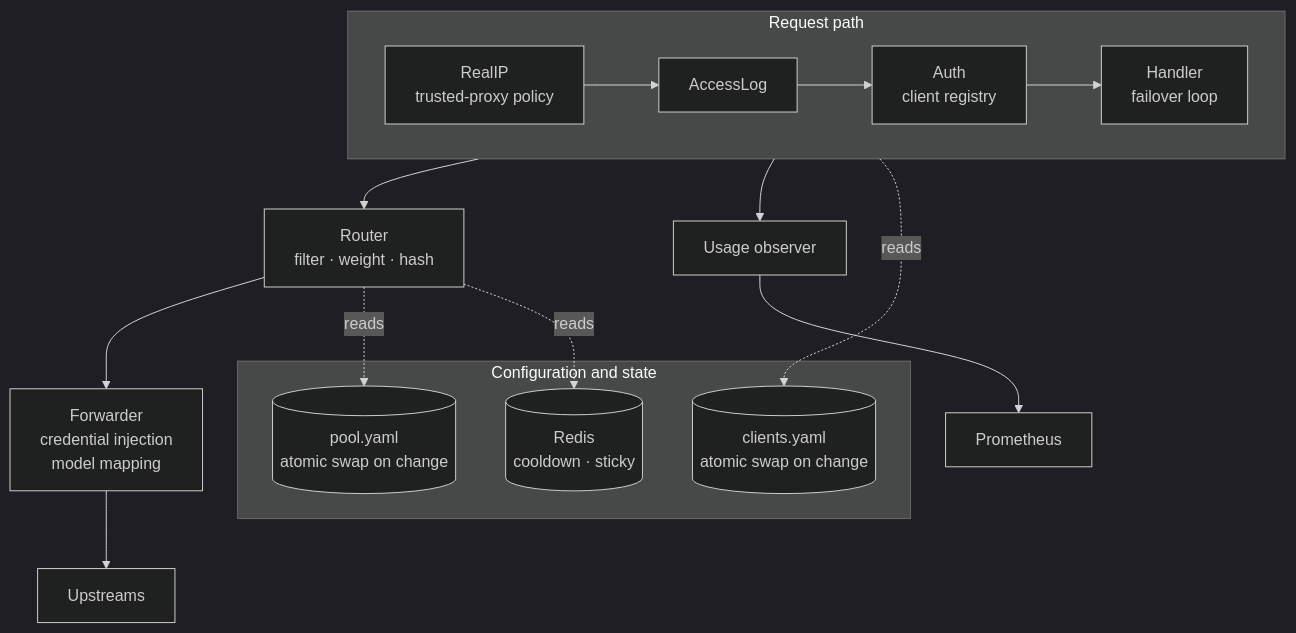
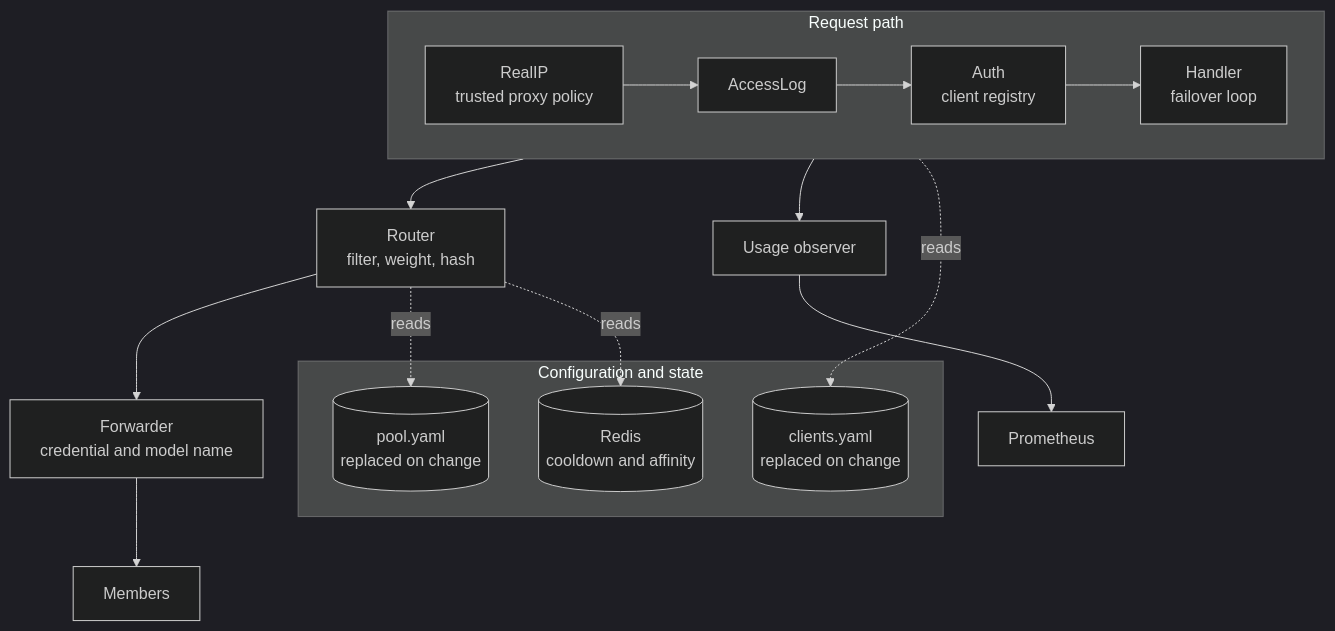
Before and after one commit to barockok/proem: the diagram in docs/site/_content/reference/architecture.md, drawn with Mermaid (dark theme). The commit also changed other lines of this file and 11 other files, not shown here.

````diff
--- a/docs/site/_content/reference/architecture.md
+++ b/docs/site/_content/reference/architecture.md
@@ -10,22 +11,22 @@
 ```mermaid
 flowchart TB
   subgraph edge["Request path"]
     direction LR
-    RIP["RealIP<br/>trusted-proxy policy"] --> LOG["AccessLog"] --> AUTH["Auth<br/>client registry"] --> H["Handler<br/>failover loop"]
+    RIP["RealIP<br/>trusted proxy policy"] --> LOG["AccessLog"] --> AUTH["Auth<br/>client registry"] --> H["Handler<br/>failover loop"]
   end
 
   subgraph state["Configuration and state"]
-    POOL[("pool.yaml<br/>atomic swap on change")]
-    CLIENTS[("clients.yaml<br/>atomic swap on change")]
-    REDIS[("Redis<br/>cooldown · sticky")]
+    POOL[("pool.yaml<br/>replaced on change")]
+    CLIENTS[("clients.yaml<br/>replaced on change")]
+    REDIS[("Redis<br/>cooldown and affinity")]
   end
 
-  H --> ROUTER["Router<br/>filter · weight · hash"]
-  ROUTER --> FWD["Forwarder<br/>credential injection<br/>model mapping"]
-  FWD --> UP["Upstreams"]
+  H --> ROUTER["Router<br/>filter, weight, hash"]
+  ROUTER --> FWD["Forwarder<br/>credential and model name"]
+  FWD --> UP["Members"]
   H --> USAGE["Usage observer"] --> MET["Prometheus"]
 
   AUTH -.reads.-> CLIENTS
   ROUTER -.reads.-> POOL
   ROUTER -.reads.-> REDIS
 ```
````
